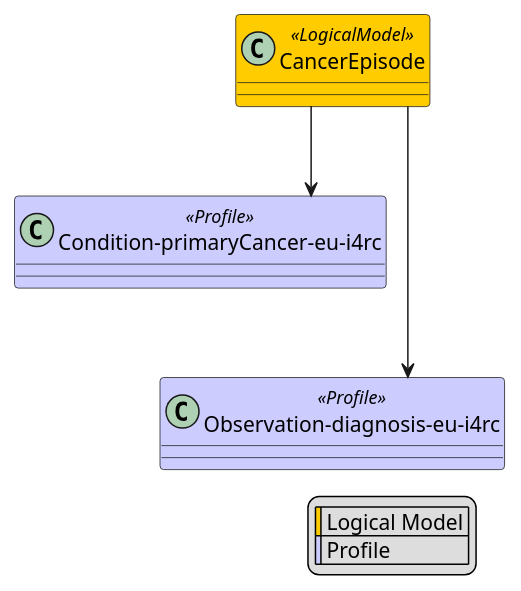
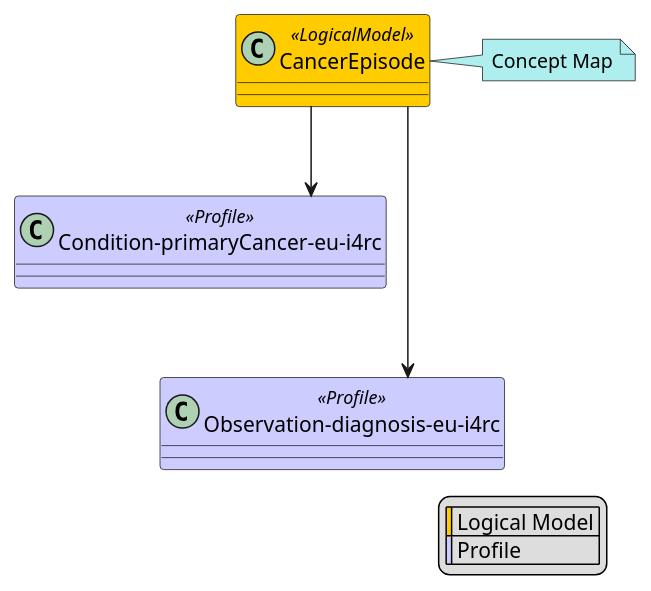
The diagram in input/images-source/map/CancerEpisode-map.plantuml (hl7-eu/idea4rc), drawn with PlantUML before and after one commit. The commit also changed 32 other files, not shown here.

```diff
--- a/input/images-source/map/CancerEpisode-map.plantuml
+++ b/input/images-source/map/CancerEpisode-map.plantuml
@@ -1,17 +1,20 @@
 @startuml
 skinparam class {
     BackgroundColor<<LogicalModel>> #FFCC00
     BackgroundColor<<Profile>> #CCCCFF
 }
 skinparam linetype ortho
 legend right
   | <#FFCC00> | Logical Model |
   | <#CCCCFF> | Profile |
 endlegend
 class "CancerEpisode" <<LogicalModel>> [[StructureDefinition-CancerEpisode.html]]
+note right #PaleTurquoise [[ConceptMap-cancerEpisode2FHIR.html]]
+Concept Map
+endnote
 class "Condition-primaryCancer-eu-i4rc" <<Profile>> [[StructureDefinition-Condition-primaryCancer-eu-i4rc.html]]
 "CancerEpisode" --> "Condition-primaryCancer-eu-i4rc"
 class "Observation-diagnosis-eu-i4rc" <<Profile>> [[StructureDefinition-Observation-diagnosis-eu-i4rc.html]]
 "CancerEpisode" --> "Observation-diagnosis-eu-i4rc"
 "Condition-primaryCancer-eu-i4rc" -[hidden]-> "Observation-diagnosis-eu-i4rc"
 @enduml
```
